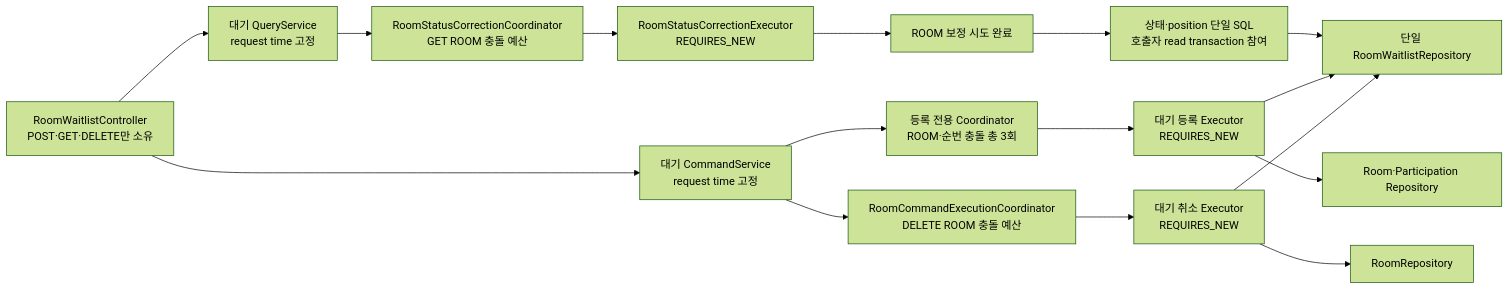
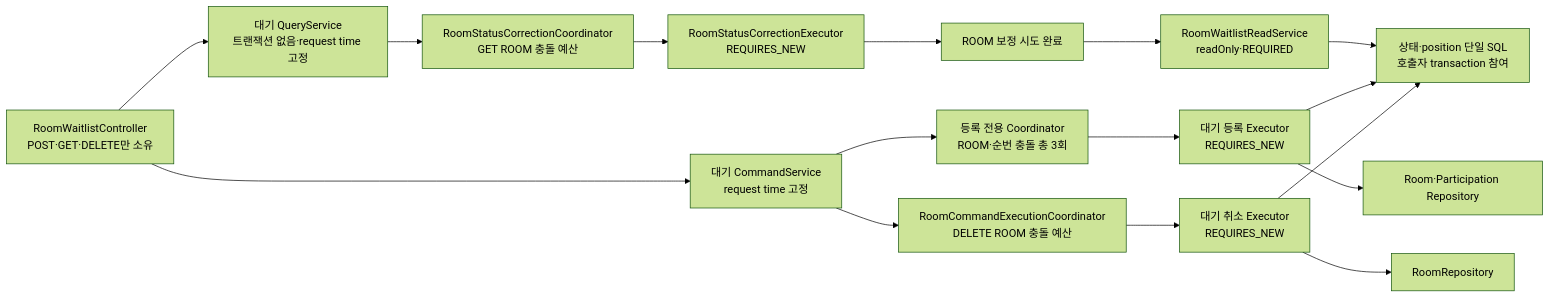
Before and after one commit to bamsongi-club/albam-mate: the fourth of 7 diagrams in docs/ARCHITECTURE.md, drawn with Mermaid (forest theme). The commit also changed other lines of this file, not shown here.

Commit message:
docs: 대기 조회 트랜잭션 소유권 명확화

````diff
--- a/docs/ARCHITECTURE.md
+++ b/docs/ARCHITECTURE.md
@@ -240,18 +240,18 @@
 ```mermaid
 flowchart LR
-    waitlistController["RoomWaitlistController<br/>POST·GET·DELETE만 소유"] --> waitlistQuery["대기 QueryService<br/>request time 고정"]
+    waitlistController["RoomWaitlistController<br/>POST·GET·DELETE만 소유"] --> waitlistQuery["대기 QueryService<br/>트랜잭션 없음·request time 고정"]
     waitlistQuery --> statusCoordinator["RoomStatusCorrectionCoordinator<br/>GET ROOM 충돌 예산"]
     statusCoordinator --> statusExecutor["RoomStatusCorrectionExecutor<br/>REQUIRES_NEW"]
     statusExecutor --> correctionCommitted["ROOM 보정 시도 완료"]
-    correctionCommitted --> waitlistRead["상태·position 단일 SQL<br/>호출자 read transaction 참여"]
-    waitlistRead --> waitlistRepository["단일 RoomWaitlistRepository"]
+    correctionCommitted --> waitlistRead["RoomWaitlistReadService<br/>readOnly·REQUIRED"]
+    waitlistRead --> waitlistRepository["상태·position 단일 SQL<br/>호출자 transaction 참여"]
     waitlistController --> waitlistCommand["대기 CommandService<br/>request time 고정"]
     waitlistCommand --> waitlistCoordinator["등록 전용 Coordinator<br/>ROOM·순번 충돌 총 3회"]
     waitlistCoordinator --> waitlistExecutor["대기 등록 Executor<br/>REQUIRES_NEW"]
     waitlistExecutor --> waitlistRepositories["Room·Participation Repository"]
     waitlistExecutor --> waitlistRepository
     waitlistCommand --> roomCommandCoordinator["RoomCommandExecutionCoordinator<br/>DELETE ROOM 충돌 예산"]
     roomCommandCoordinator --> waitlistCancelExecutor["대기 취소 Executor<br/>REQUIRES_NEW"]
     waitlistCancelExecutor --> roomRepository["RoomRepository"]
     waitlistCancelExecutor --> waitlistRepository
 ```
````
